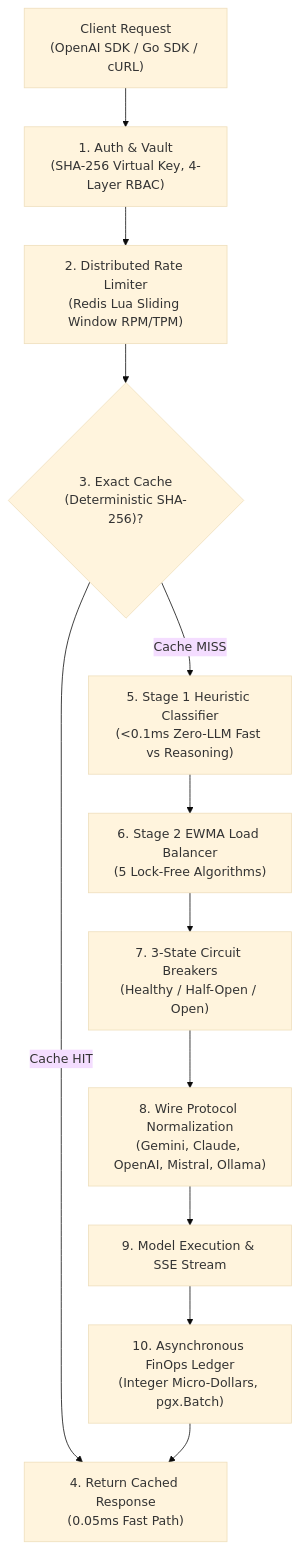
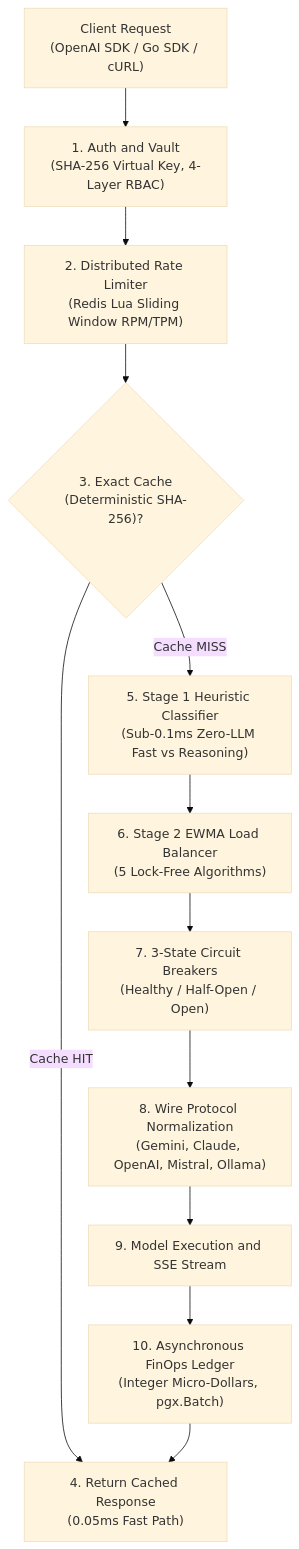
The diagram in docs/getting-started/architecture.md (goroute-ai/goroute-ai.github.io), drawn with Mermaid (base theme) before and after one commit. The commit also changed 13 other files, not shown here.

Commit message:
fix(docs): resolve Mermaid syntax errors and unquoted edge labels across guides

````diff
--- a/docs/getting-started/architecture.md
+++ b/docs/getting-started/architecture.md
@@ -44,14 +44,14 @@
 ```mermaid
 graph TD
-    Client["Client Request<br/>(OpenAI SDK / Go SDK / cURL)"] --> Auth["1. Auth &amp; Vault<br/>(SHA-256 Virtual Key, 4-Layer RBAC)"]
+    Client["Client Request<br/>(OpenAI SDK / Go SDK / cURL)"] --> Auth["1. Auth and Vault<br/>(SHA-256 Virtual Key, 4-Layer RBAC)"]
     Auth --> RL["2. Distributed Rate Limiter<br/>(Redis Lua Sliding Window RPM/TPM)"]
     RL --> Cache{"3. Exact Cache<br/>(Deterministic SHA-256)?"}
     Cache -- "Cache HIT" --> Response["4. Return Cached Response<br/>(0.05ms Fast Path)"]
-    Cache -- "Cache MISS" --> Router["5. Stage 1 Heuristic Classifier<br/>(&lt;0.1ms Zero-LLM Fast vs Reasoning)"]
+    Cache -- "Cache MISS" --> Router["5. Stage 1 Heuristic Classifier<br/>(Sub-0.1ms Zero-LLM Fast vs Reasoning)"]
     Router --> Balancer["6. Stage 2 EWMA Load Balancer<br/>(5 Lock-Free Algorithms)"]
     Balancer --> CB["7. 3-State Circuit Breakers<br/>(Healthy / Half-Open / Open)"]
     CB --> Adapter["8. Wire Protocol Normalization<br/>(Gemini, Claude, OpenAI, Mistral, Ollama)"]
-    Adapter --> Upstream["9. Model Execution &amp; SSE Stream"]
+    Adapter --> Upstream["9. Model Execution and SSE Stream"]
     Upstream --> FinOps["10. Asynchronous FinOps Ledger<br/>(Integer Micro-Dollars, pgx.Batch)"]
     FinOps --> Response
 ```
````
